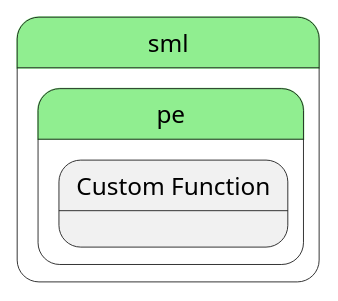
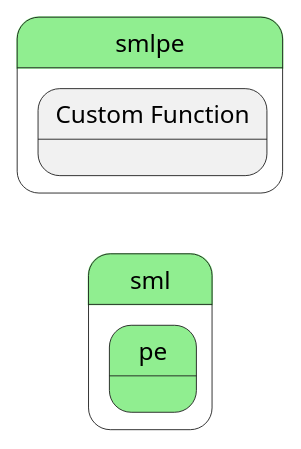
The diagram in docs/edgemere/sml/pe/process.puml (madajaju/edgemere), drawn with PlantUML before and after one commit. The commit also changed 775 other files, not shown here.

```diff
--- a/docs/edgemere/sml/pe/process.puml
+++ b/docs/edgemere/sml/pe/process.puml
@@ -1,20 +1,20 @@
 @startuml
 left to right direction
 
 
 state "sml" as sml #lightgreen {
 state "pe" as smlpe #lightgreen {
 }
 }
 
 
-state smlpe #lightgreen {
+state "smlpe" as pstatename #lightgreen {
     state "Custom Function" as pefunction {
     }
 }
 
 
 
 
 
 @enduml
```
